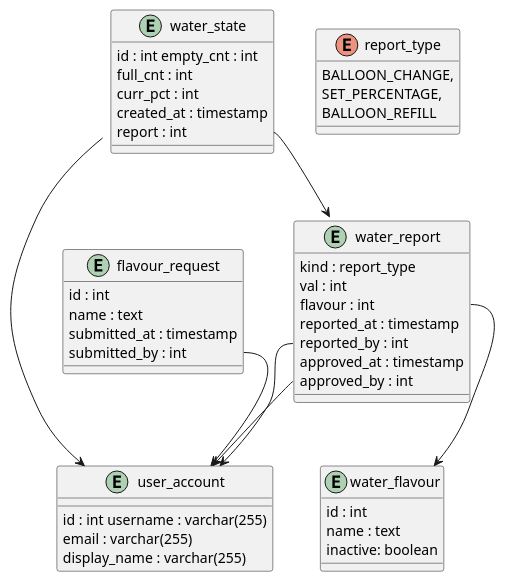
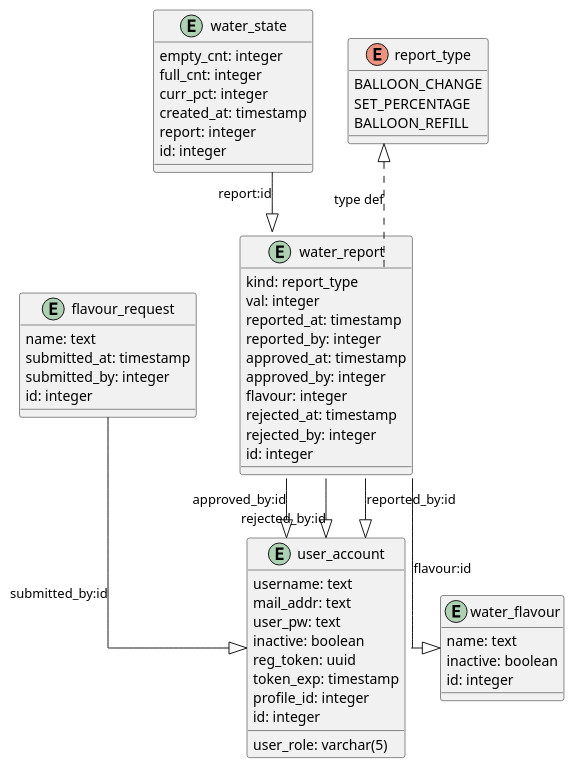
Before and after one commit to aestallon/ReVIZit: the diagram in spec/db_schema.puml, drawn with PlantUML. The commit also changed 3 other files, not shown here.

Commit message:
apply formatting, clean up schema PlantUML file

```diff
--- a/spec/db_schema.puml
+++ b/spec/db_schema.puml
@@ -1,48 +1,62 @@
 @startuml
-'https://plantuml.com/class-diagram
+
+top to bottom direction
+skinparam linetype ortho
+
+entity flavour_request {
+  name: text
+  submitted_at: timestamp
+  submitted_by: integer
+  id: integer
+}
 entity user_account {
-id : int username : varchar(255)
-email : varchar(255)
-display_name : varchar(255)
+  username: text
+  mail_addr: text
+  user_pw: text
+  user_role: varchar(5)
+  inactive: boolean
+  reg_token: uuid
+  token_exp: timestamp
+  profile_id: integer
+  id: integer
 }
-
+entity water_flavour {
+  name: text
+  inactive: boolean
+  id: integer
+}
+entity water_report {
+  kind: report_type
+  val: integer
+  reported_at: timestamp
+  reported_by: integer
+  approved_at: timestamp
+  approved_by: integer
+  flavour: integer
+  rejected_at: timestamp
+  rejected_by: integer
+  id: integer
+}
 entity water_state {
-id : int empty_cnt : int
-full_cnt : int
-curr_pct : int
-created_at : timestamp
-report : int
+  empty_cnt: integer
+  full_cnt: integer
+  curr_pct: integer
+  created_at: timestamp
+  report: integer
+  id: integer
 }
 
 enum report_type {
-BALLOON_CHANGE,
-SET_PERCENTAGE,
-BALLOON_REFILL
+    BALLOON_CHANGE
+    SET_PERCENTAGE
+    BALLOON_REFILL
 }
-entity water_report {
-kind : report_type
-val : int
-flavour : int
-reported_at : timestamp
-reported_by : int
-approved_at : timestamp
-approved_by : int
-}
-entity water_flavour {
-id : int
-name : text
-inactive: boolean
-}
-entity flavour_request {
-id : int
-name : text
-submitted_at : timestamp
-submitted_by : int
-}
-water_state::report --> water_report
-water_state::reported_by --> user_account
-water_report::flavour --> water_flavour
-water_report::reported_by --> user_account
-water_report::approved_by --> user_account
-flavour_request::submitted_by --> user_account
+
+flavour_request  -[plain]-^  user_account          : "submitted_by:id"
+water_report     -[plain]-^  user_account          : "approved_by:id"
+water_report     -[plain]-^  user_account          : "rejected_by:id"
+water_report     -[plain]-^  user_account          : "reported_by:id"
+water_report     -[plain]-^  water_flavour         : "flavour:id"
+water_state      -[plain]-^  water_report          : "report:id"
+report_type     ^-[dashed]- water_report::kind     : "type def"
 @enduml
```
